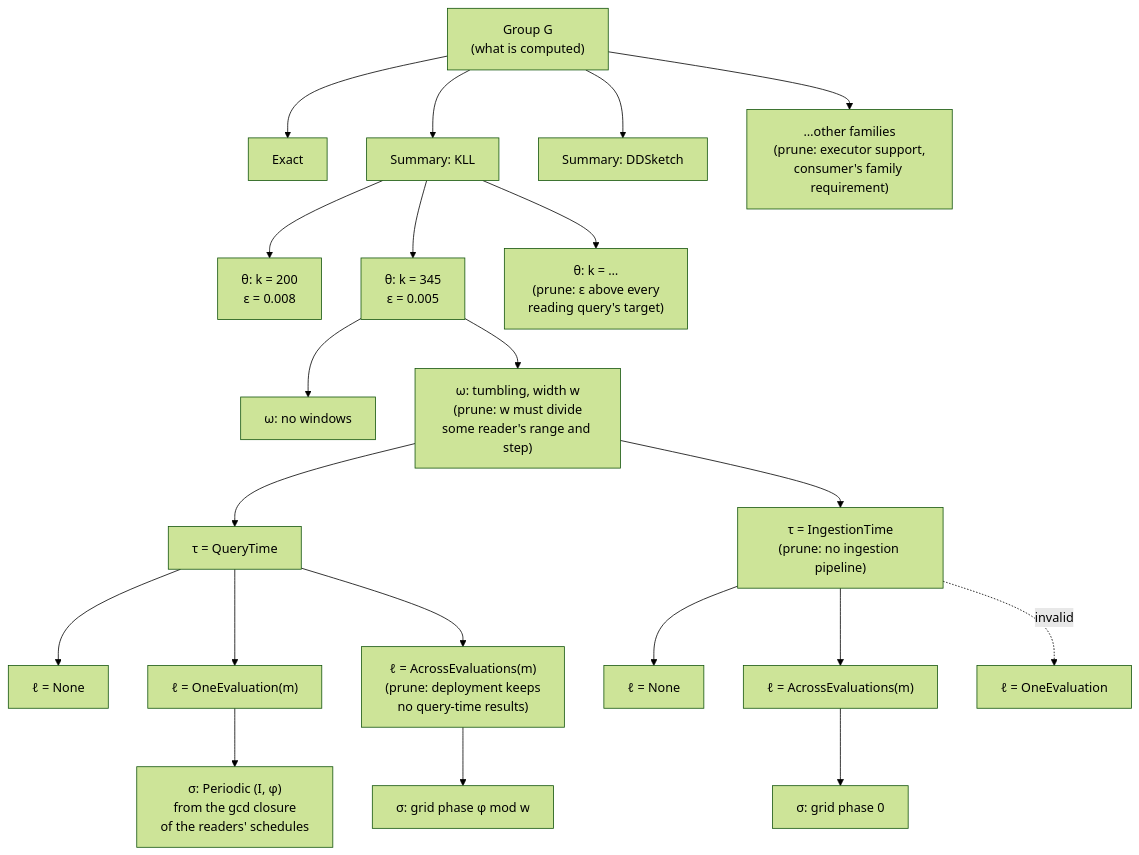
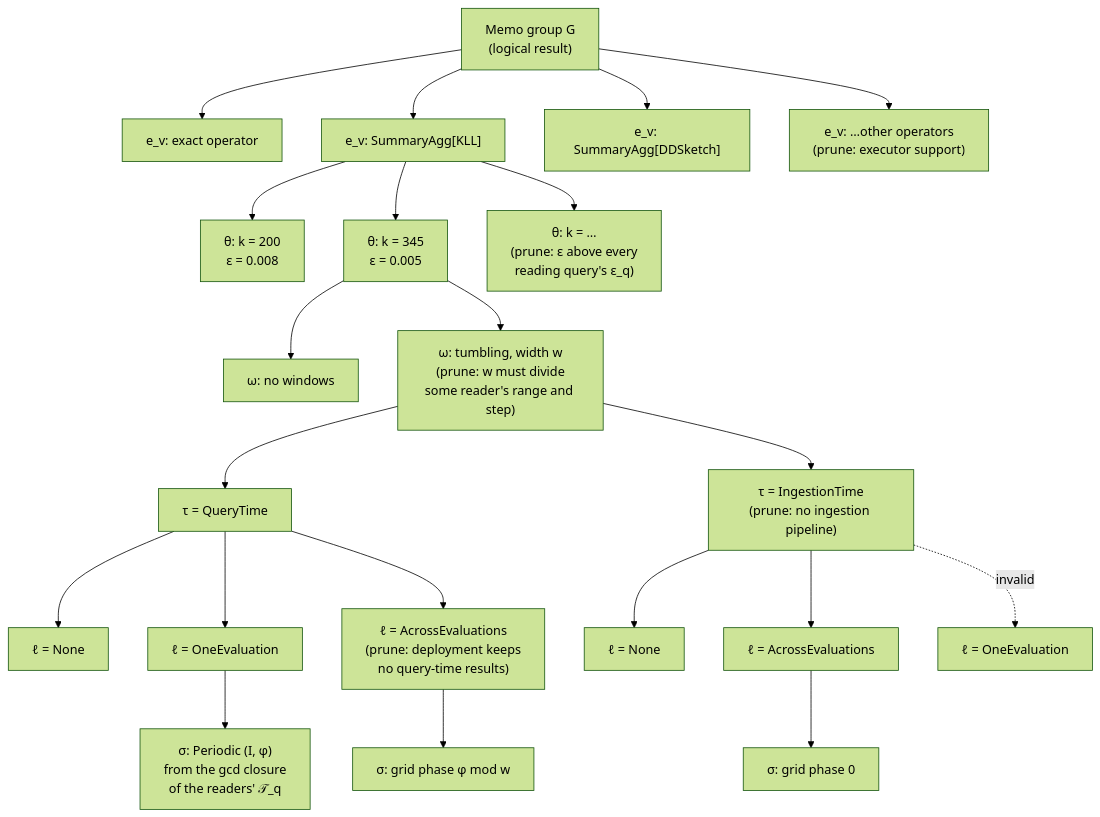
One commit to ProjectASAP/ASAPPlanner changed the diagram in docs/design_docs/concepts/memo-groups-properties-requirements.md. Above: the diagram before and after it, drawn with Mermaid (forest theme). The commit also changed other lines of this file, not shown here.

````diff
--- a/docs/design_docs/concepts/memo-groups-properties-requirements.md
+++ b/docs/design_docs/concepts/memo-groups-properties-requirements.md
@@ -98,28 +126,28 @@
 ```mermaid
 flowchart TD
-    G["Group G<br/>(what is computed)"] --> R1["Exact"]
-    G --> R2["Summary: KLL"]
-    G --> R3["Summary: DDSketch"]
-    G --> R4["…other families<br/>(prune: executor support,<br/>consumer's family requirement)"]
+    G["Memo group G<br/>(logical result)"] --> R1["e_v: exact operator"]
+    G --> R2["e_v: SummaryAgg[KLL]"]
+    G --> R3["e_v: SummaryAgg[DDSketch]"]
+    G --> R4["e_v: …other operators<br/>(prune: executor support)"]
 
     R2 --> T1["θ: k = 200<br/>ε = 0.008"]
     R2 --> T2["θ: k = 345<br/>ε = 0.005"]
-    R2 --> T3["θ: k = …<br/>(prune: ε above every<br/>reading query's target)"]
+    R2 --> T3["θ: k = …<br/>(prune: ε above every<br/>reading query's ε_q)"]
 
     T2 --> W1["ω: no windows"]
     T2 --> W2["ω: tumbling, width w<br/>(prune: w must divide<br/>some reader's range and step)"]
 
     W2 --> P1["τ = QueryTime"]
     W2 --> P2["τ = IngestionTime<br/>(prune: no ingestion pipeline)"]
 
     P1 --> L1["ℓ = None"]
-    P1 --> L2["ℓ = OneEvaluation(m)"]
-    P1 --> L3["ℓ = AcrossEvaluations(m)<br/>(prune: deployment keeps<br/>no query-time results)"]
+    P1 --> L2["ℓ = OneEvaluation"]
+    P1 --> L3["ℓ = AcrossEvaluations<br/>(prune: deployment keeps<br/>no query-time results)"]
     P2 --> L4["ℓ = None"]
-    P2 --> L5["ℓ = AcrossEvaluations(m)"]
+    P2 --> L5["ℓ = AcrossEvaluations"]
     P2 -. invalid .-> L6["ℓ = OneEvaluation"]
 
-    L2 --> S1["σ: Periodic (I, φ)<br/>from the gcd closure<br/>of the readers' schedules"]
+    L2 --> S1["σ: Periodic (I, φ)<br/>from the gcd closure<br/>of the readers' 𝒯_q"]
     L3 --> S2["σ: grid phase φ mod w"]
     L5 --> S3["σ: grid phase 0"]
 ```
````
